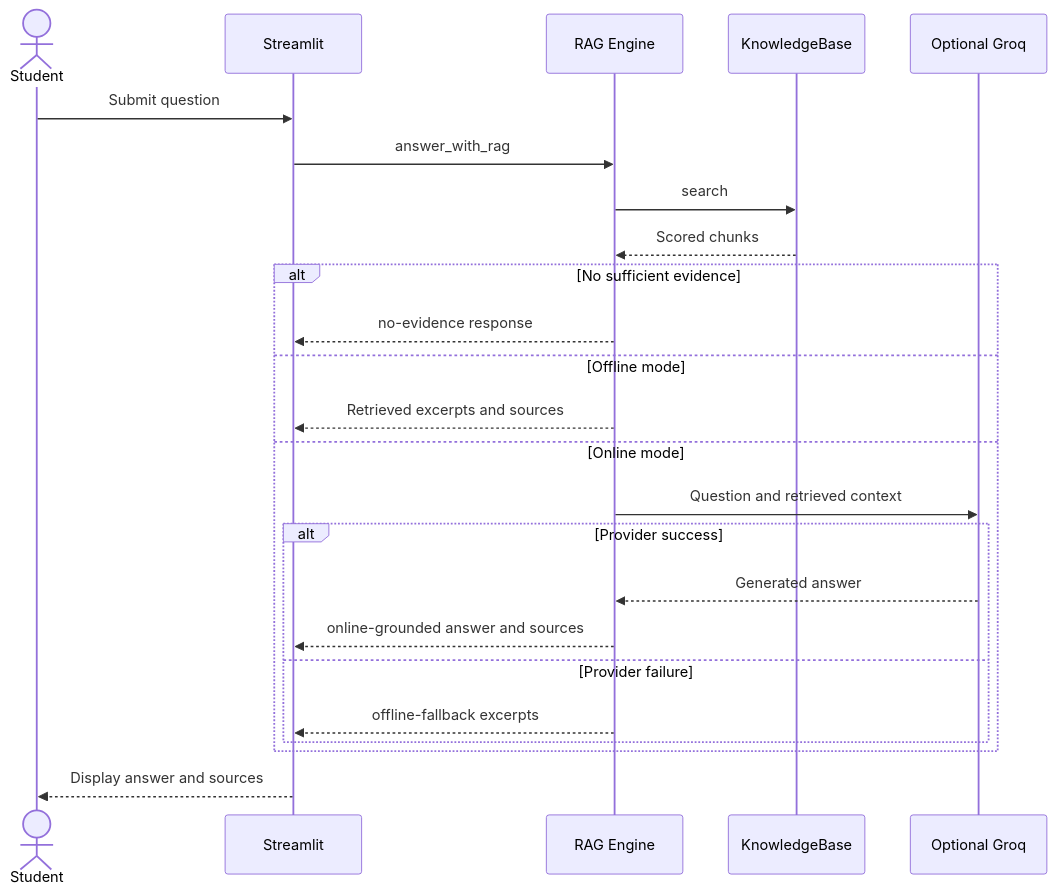
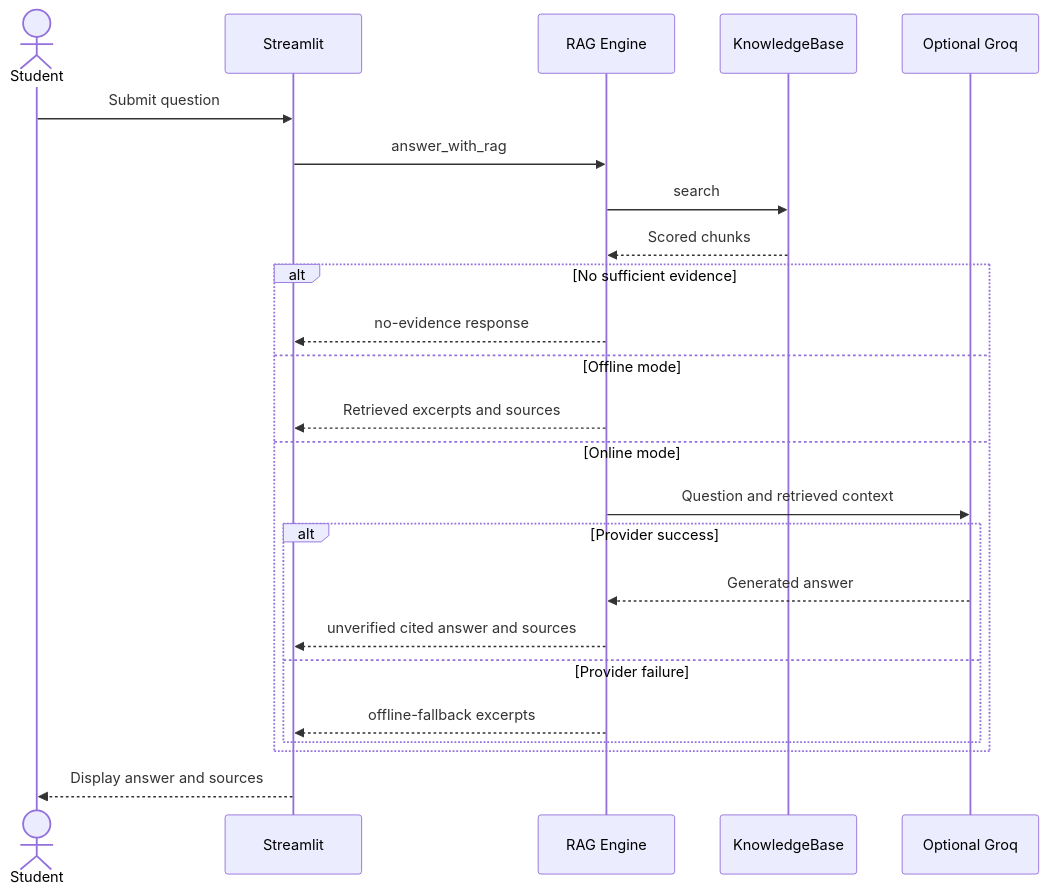
The fourth of 5 diagrams in docs/architecture.md (levanmanh268/cmc-ai-mentor-network), drawn with Mermaid before and after one commit.

Commit message:
docs: align Mermaid runtime label with unverified-citation output
Refs #40

````diff
--- a/docs/architecture.md
+++ b/docs/architecture.md
@@ -125,26 +125,26 @@
 ```mermaid
 sequenceDiagram
     actor Student as Student
     participant UI as Streamlit
     participant RAG as RAG Engine
     participant KB as KnowledgeBase
     participant LLM as Optional Groq
     Student->>UI: Submit question
     UI->>RAG: answer_with_rag
     RAG->>KB: search
     KB-->>RAG: Scored chunks
     alt No sufficient evidence
         RAG-->>UI: no-evidence response
     else Offline mode
         RAG-->>UI: Retrieved excerpts and sources
     else Online mode
         RAG->>LLM: Question and retrieved context
         alt Provider success
             LLM-->>RAG: Generated answer
-            RAG-->>UI: online-grounded answer and sources
+            RAG-->>UI: unverified cited answer and sources
         else Provider failure
             RAG-->>UI: offline-fallback excerpts
         end
     end
     UI-->>Student: Display answer and sources
 ```
````
